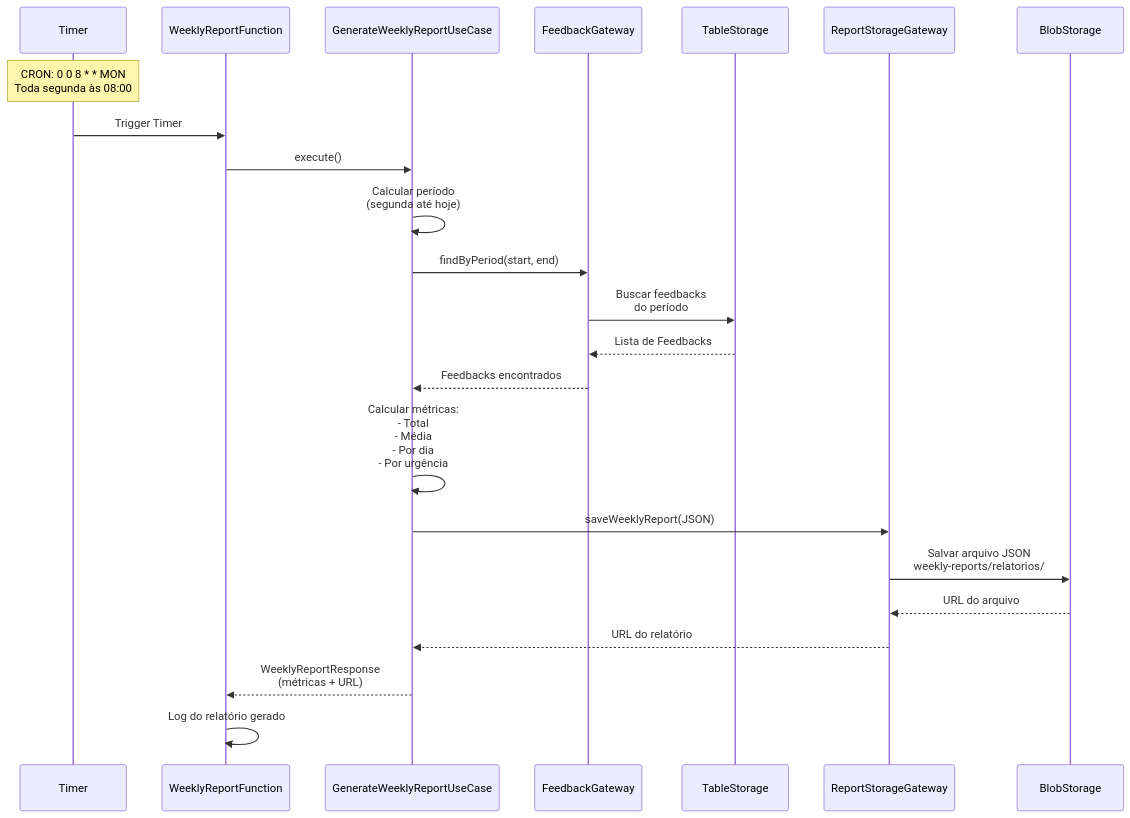
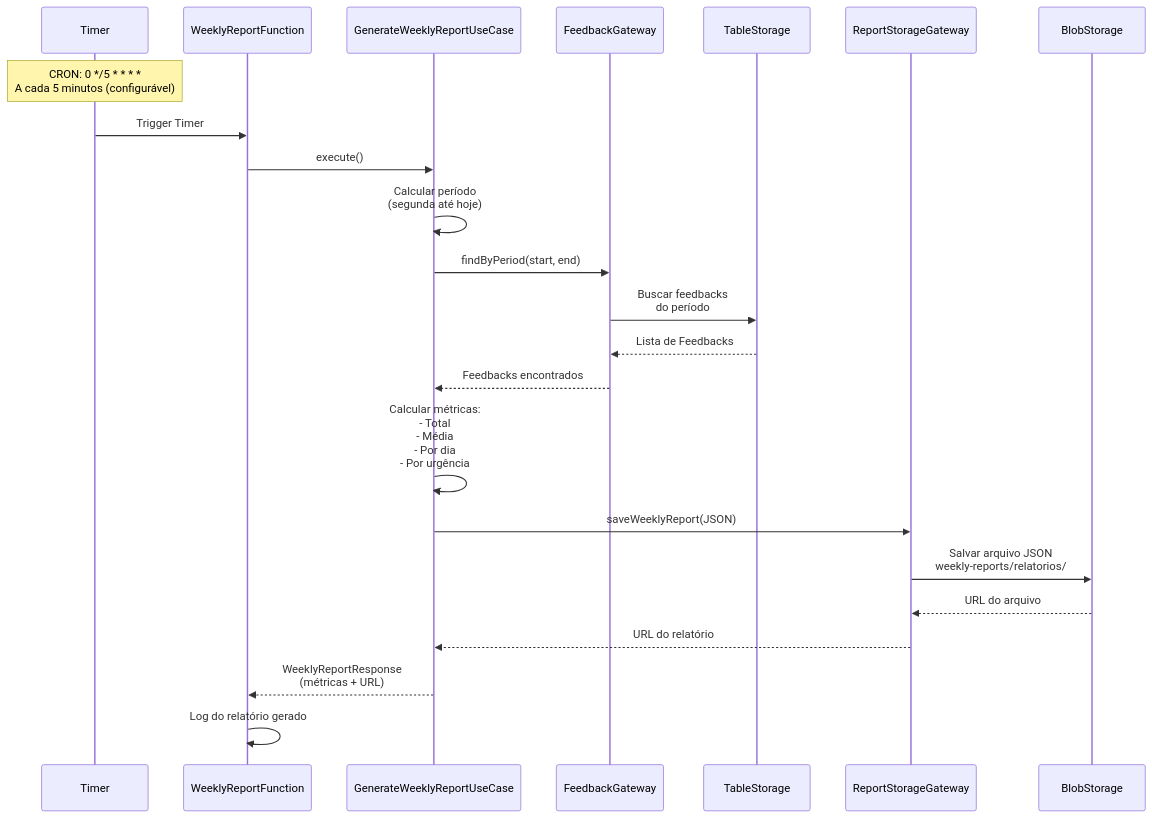
The fourth of 9 diagrams in README.md (luizffdemoraes/feedback-sync), drawn with Mermaid before and after one commit. The commit also changed other lines of this file and 10 other files, not shown here.

````diff
--- a/README.md
+++ b/README.md
@@ -429,34 +401,34 @@
 ```mermaid
 sequenceDiagram
     participant Timer
     participant WeeklyReportFunction
     participant GenerateWeeklyReportUseCase
     participant FeedbackGateway
     participant TableStorage
     participant ReportStorageGateway
     participant BlobStorage
 
-    Note over Timer: CRON: 0 0 8 * * MON<br/>Toda segunda às 08:00
+    Note over Timer: CRON: 0 */5 * * * *<br/>A cada 5 minutos (configurável)
     
     Timer->>WeeklyReportFunction: Trigger Timer
     
     WeeklyReportFunction->>GenerateWeeklyReportUseCase: execute()
     
     GenerateWeeklyReportUseCase->>GenerateWeeklyReportUseCase: Calcular período<br/>(segunda até hoje)
     
     GenerateWeeklyReportUseCase->>FeedbackGateway: findByPeriod(start, end)
     FeedbackGateway->>TableStorage: Buscar feedbacks<br/>do período
     TableStorage-->>FeedbackGateway: Lista de Feedbacks
     FeedbackGateway-->>GenerateWeeklyReportUseCase: Feedbacks encontrados
     
     GenerateWeeklyReportUseCase->>GenerateWeeklyReportUseCase: Calcular métricas:<br/>- Total<br/>- Média<br/>- Por dia<br/>- Por urgência
     
     GenerateWeeklyReportUseCase->>ReportStorageGateway: saveWeeklyReport(JSON)
     ReportStorageGateway->>BlobStorage: Salvar arquivo JSON<br/>weekly-reports/relatorios/
     BlobStorage-->>ReportStorageGateway: URL do arquivo
     ReportStorageGateway-->>GenerateWeeklyReportUseCase: URL do relatório
     
     GenerateWeeklyReportUseCase-->>WeeklyReportFunction: WeeklyReportResponse<br/>(métricas + URL)
     
     WeeklyReportFunction->>WeeklyReportFunction: Log do relatório gerado
 ```
````
